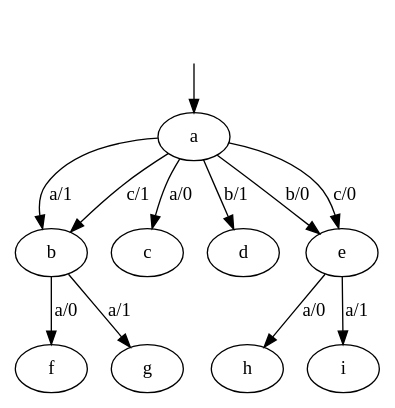
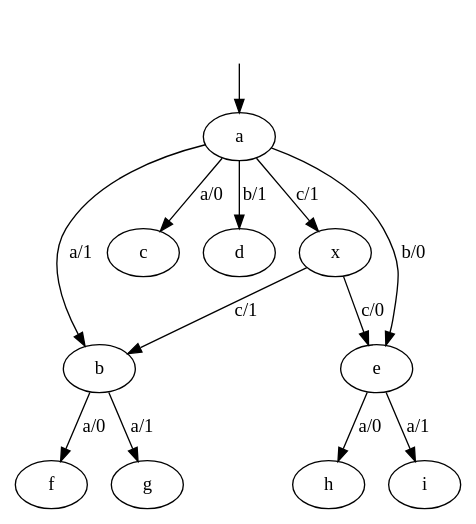
The diagram in dot-files/test-machine/combined/test-machine.dot (GianniM123/FFSM_fingerprint), drawn with Graphviz before and after one commit. The commit also changed 9 other files, not shown here.

```diff
--- a/dot-files/test-machine/combined/test-machine.dot
+++ b/dot-files/test-machine/combined/test-machine.dot
@@ -1,44 +1,53 @@
 digraph "" {
 	graph [configurations="A|B|C|D"];
 	node [label="\N"];
 	__start0	[feature=True,
 		label="",
 		shape=none];
 	a	[feature=True];
 	__start0 -> a	[key=0];
 	b	[feature="A|B"];
     c	[feature="C|D"];
     d	[feature="A|B"];
 	e	[feature="C|D"];
 
 	f	[feature="A"];
 	g	[feature="B"];	
 
 	h	[feature="C"];
 	i	[feature="D"];	
 
     a -> b	[feature="A|B",
 		label="a/1"];
     a -> c	[feature="C|D",
 		label="a/0"];
 
 	a -> d	[feature="A|B",
 		label="b/1"];
     a -> e	[feature="C|D",
 		label="b/0"];
 	
-	a -> b	[feature="A|B",
-		label="c/1"];
-    a -> e	[feature="C|D",
-		label="c/0"];
+	// a -> b	[feature="A|B",
+	// 	label="c/1"];
+    // a -> e	[feature="C|D",
+	// 	label="c/0"];
 
 	b -> f [feature="A",
 		label="a/0"];
 	b -> g [feature="B",
 		label="a/1"];
 	
 	e -> h [feature="C",
 		label="a/0"];
 	e -> i [feature="D",
 		label="a/1"];
+
+	x [feature="A|B|C|D"]
+	a -> x  [feature="A|B|C|D",
+		label="c/1"];
+
+	x -> b	[feature="A|B",
+		label="c/1"];
+    x -> e	[feature="C|D",
+		label="c/0"];
 }
```
